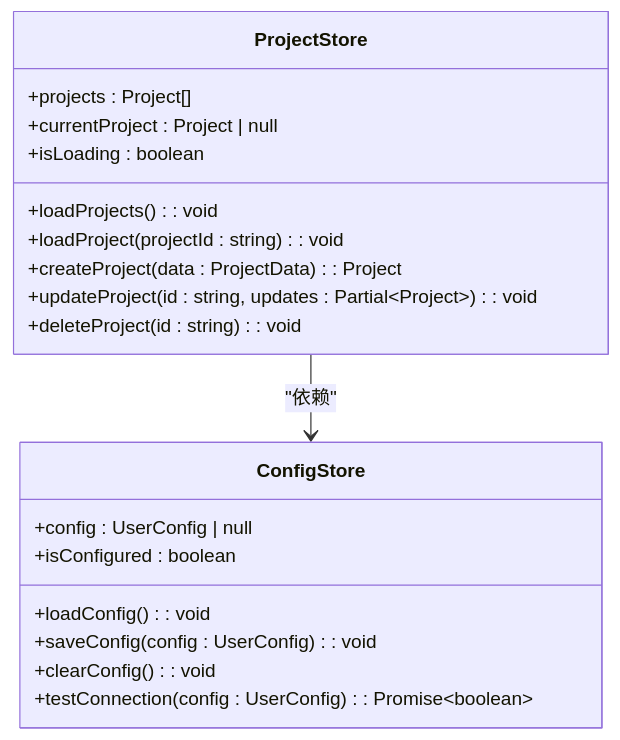
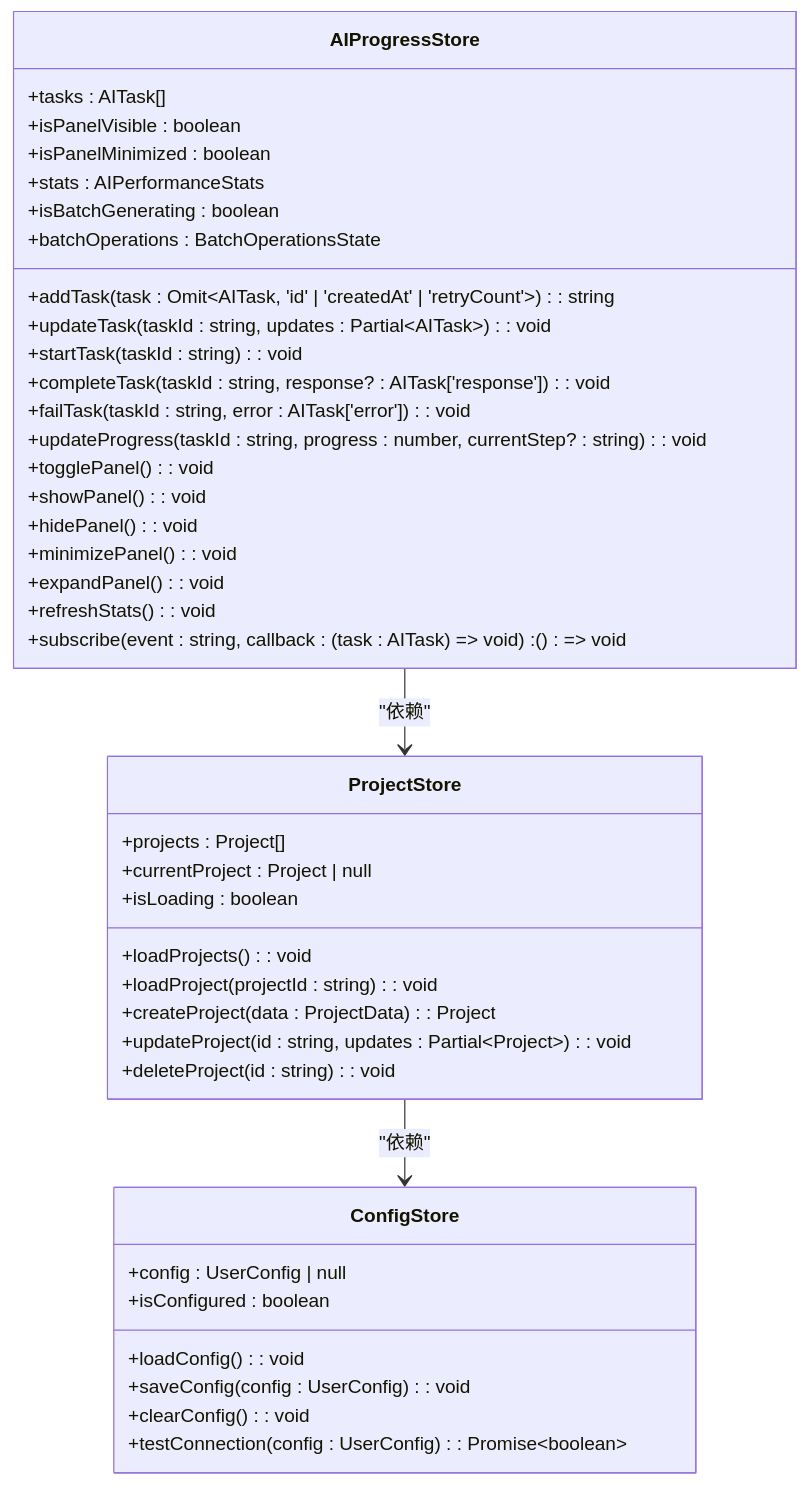
Before and after one commit to leonaiuv/aixsss: the fourth of 9 diagrams in .qoder/repowiki/zh/content/开发指南/开发指南.md, drawn with Mermaid. The commit also changed other lines of this file and 5 other files, not shown here.

````diff
--- a/.qoder/repowiki/zh/content/开发指南/开发指南.md
+++ b/.qoder/repowiki/zh/content/开发指南/开发指南.md
@@ -164,22 +214,44 @@
 ```mermaid
 classDiagram
 class ProjectStore {
 +projects : Project[]
 +currentProject : Project | null
 +isLoading : boolean
 +loadProjects() : void
 +loadProject(projectId : string) : void
 +createProject(data : ProjectData) : Project
 +updateProject(id : string, updates : Partial~Project~) : void
 +deleteProject(id : string) : void
 }
 class ConfigStore {
 +config : UserConfig | null
 +isConfigured : boolean
 +loadConfig() : void
 +saveConfig(config : UserConfig) : void
 +clearConfig() : void
 +testConnection(config : UserConfig) : Promise~boolean~
 }
+class AIProgressStore {
++tasks : AITask[]
++isPanelVisible : boolean
++isPanelMinimized : boolean
++stats : AIPerformanceStats
++isBatchGenerating : boolean
++batchOperations : BatchOperationsState
++addTask(task : Omit~AITask, 'id' | 'createdAt' | 'retryCount'~) : string
++updateTask(taskId : string, updates : Partial~AITask~) : void
++startTask(taskId : string) : void
++completeTask(taskId : string, response? : AITask['response']) : void
++failTask(taskId : string, error : AITask['error']) : void
++updateProgress(taskId : string, progress : number, currentStep? : string) : void
++togglePanel() : void
++showPanel() : void
++hidePanel() : void
++minimizePanel() : void
++expandPanel() : void
++refreshStats() : void
++subscribe(event : string, callback : (task : AITask) => void) : () => void
+}
 ProjectStore --> ConfigStore : "依赖"
+AIProgressStore --> ProjectStore : "依赖"
 ```
````
